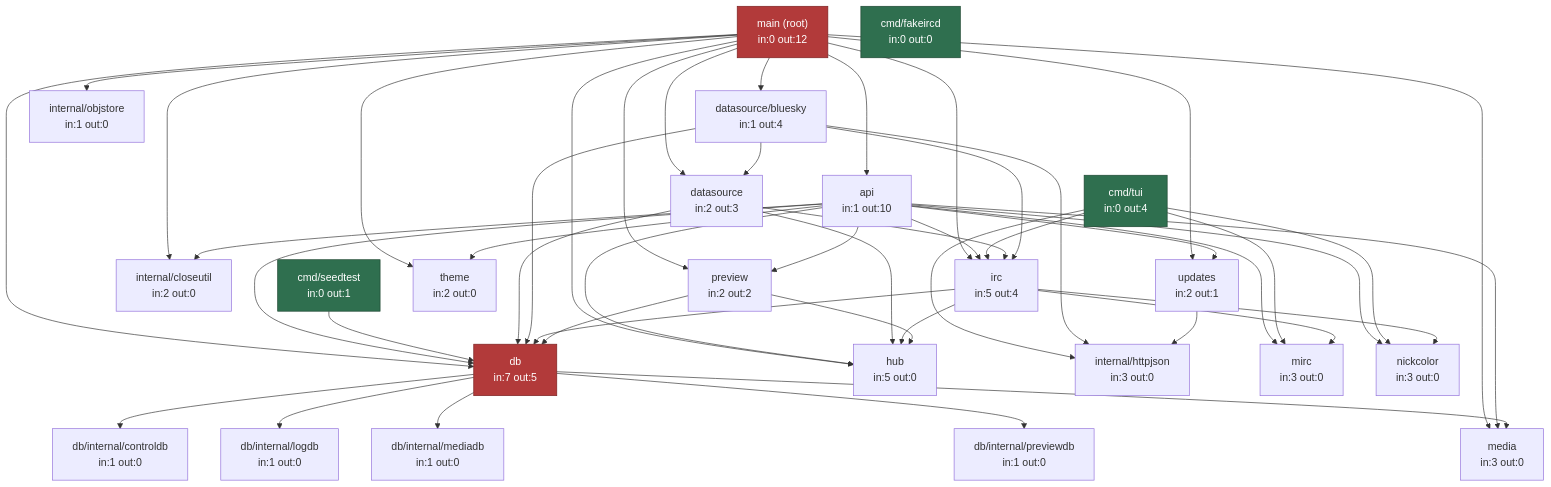
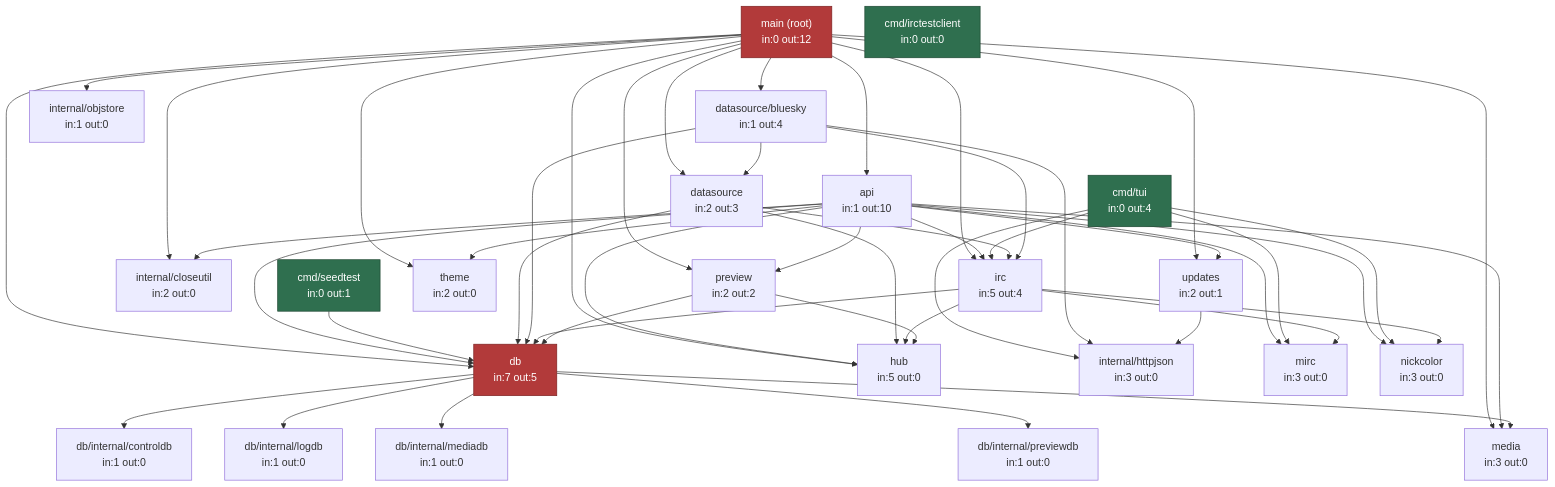
One commit to lepinkainen/lurker changed the diagram in ai-docs/diagrams/02-modules.mmd. Above: the diagram before and after it, drawn with Mermaid. The commit also changed 14 other files, not shown here.

```diff
--- a/ai-docs/diagrams/02-modules.mmd
+++ b/ai-docs/diagrams/02-modules.mmd
@@ -1,82 +1,82 @@
 flowchart TD
     %% Go package dependency graph. One edge per distinct import relationship.
     %% Excludes _test.go files, llm-shared/ submodule, and sqlc-generated db/internal/* internals.
     root_main["main (root)<br/>in:0 out:12"]
     api["api<br/>in:1 out:10"]
-    cmd_fakeircd["cmd/fakeircd<br/>in:0 out:0"]
+    cmd_irctestclient["cmd/irctestclient<br/>in:0 out:0"]
     cmd_seedtest["cmd/seedtest<br/>in:0 out:1"]
     cmd_tui["cmd/tui<br/>in:0 out:4"]
     datasource["datasource<br/>in:2 out:3"]
     datasource_bluesky["datasource/bluesky<br/>in:1 out:4"]
     db["db<br/>in:7 out:5"]
     db_internal_controldb["db/internal/controldb<br/>in:1 out:0"]
     db_internal_logdb["db/internal/logdb<br/>in:1 out:0"]
     db_internal_mediadb["db/internal/mediadb<br/>in:1 out:0"]
     db_internal_previewdb["db/internal/previewdb<br/>in:1 out:0"]
     hub["hub<br/>in:5 out:0"]
     internal_closeutil["internal/closeutil<br/>in:2 out:0"]
     internal_httpjson["internal/httpjson<br/>in:3 out:0"]
     internal_objstore["internal/objstore<br/>in:1 out:0"]
     irc["irc<br/>in:5 out:4"]
     media["media<br/>in:3 out:0"]
     mirc["mirc<br/>in:3 out:0"]
     nickcolor["nickcolor<br/>in:3 out:0"]
     preview["preview<br/>in:2 out:2"]
     theme["theme<br/>in:2 out:0"]
     updates["updates<br/>in:2 out:1"]
     root_main --> api
     root_main --> datasource
     root_main --> datasource_bluesky
     root_main --> db
     root_main --> hub
     root_main --> internal_closeutil
     root_main --> internal_objstore
     root_main --> irc
     root_main --> media
     root_main --> preview
     root_main --> theme
     root_main --> updates
     api --> db
     api --> hub
     api --> internal_closeutil
     api --> irc
     api --> media
     api --> mirc
     api --> nickcolor
     api --> preview
     api --> theme
     api --> updates
     cmd_seedtest --> db
     cmd_tui --> internal_httpjson
     cmd_tui --> irc
     cmd_tui --> mirc
     cmd_tui --> nickcolor
     datasource --> db
     datasource --> hub
     datasource --> irc
     datasource_bluesky --> datasource
     datasource_bluesky --> db
     datasource_bluesky --> internal_httpjson
     datasource_bluesky --> irc
     db --> db_internal_controldb
     db --> db_internal_logdb
     db --> db_internal_mediadb
     db --> db_internal_previewdb
     db --> media
     irc --> db
     irc --> hub
     irc --> mirc
     irc --> nickcolor
     preview --> db
     preview --> hub
     updates --> internal_httpjson
 
     root_main:::hot
-    cmd_fakeircd:::entry
+    cmd_irctestclient:::entry
     cmd_seedtest:::entry
     cmd_tui:::entry
     db:::hot
 
     classDef hot fill:#b23a3a,stroke:#7a1f1f,color:#ffffff
     classDef orphan fill:#6b6b6b,stroke:#3f3f3f,color:#ffffff
     classDef entry fill:#2f6f4f,stroke:#1c4530,color:#ffffff
```
